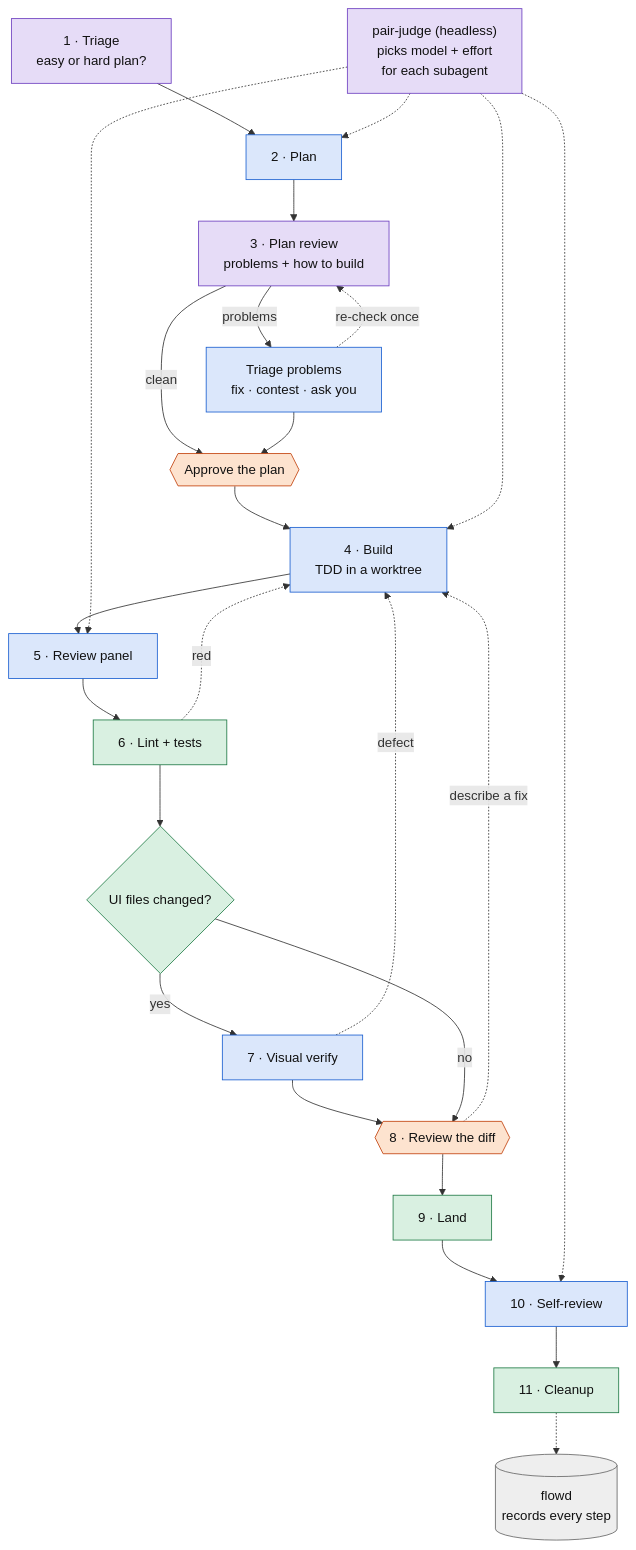
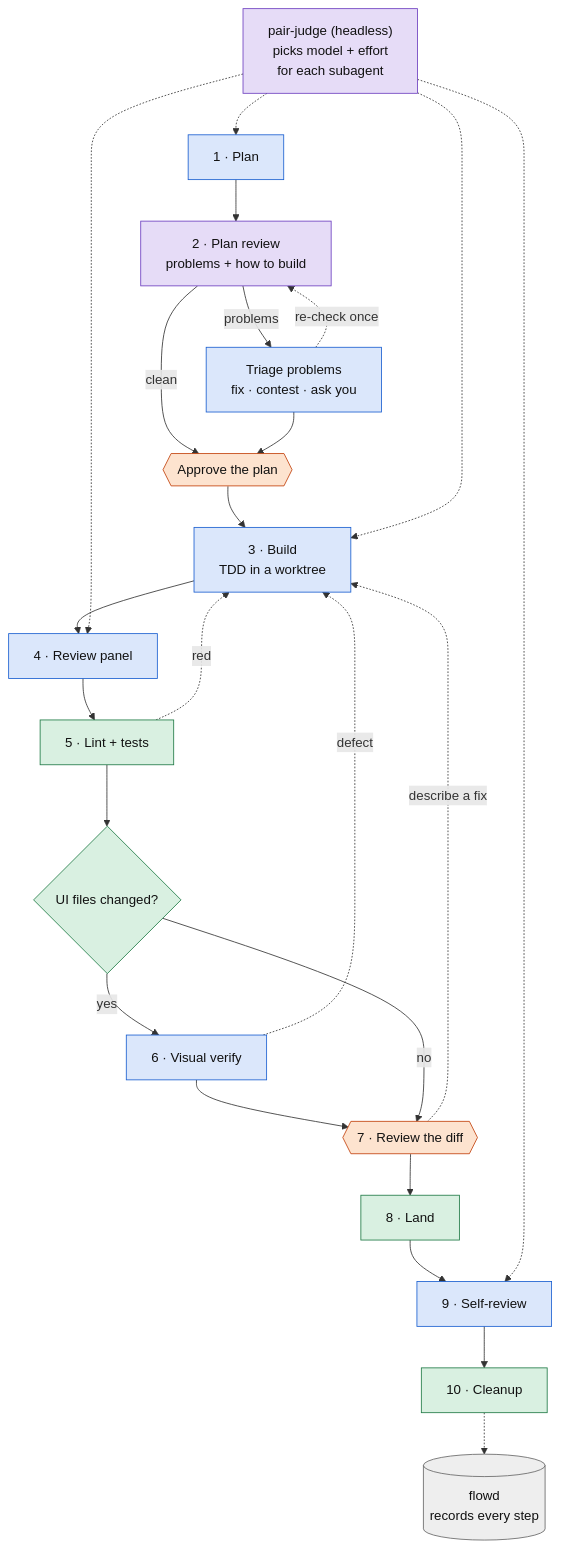
Before and after one commit to tweety53/agents: the second of 2 diagrams in README.md, drawn with Mermaid. The commit also changed other lines of this file and 21 other files, not shown here.

Commit message:
refactor(flow): drop the planner-short and plan-triage roles; every change plans on planner

````diff
--- a/README.md
+++ b/README.md
@@ -50,42 +50,41 @@
 ```mermaid
 flowchart TD
-    triage["1 · Triage<br/>easy or hard plan?"]:::head
-    plan["2 · Plan"]:::agent
-    pc["3 · Plan review<br/>problems + how to build"]:::head
+    plan["1 · Plan"]:::agent
+    pc["2 · Plan review<br/>problems + how to build"]:::head
     tri["Triage problems<br/>fix · contest · ask you"]:::agent
     appr{{"Approve the plan"}}:::you
-    build["4 · Build<br/>TDD in a worktree"]:::agent
-    panel["5 · Review panel"]:::agent
-    lint["6 · Lint + tests"]:::guard
+    build["3 · Build<br/>TDD in a worktree"]:::agent
+    panel["4 · Review panel"]:::agent
+    lint["5 · Lint + tests"]:::guard
     trig{"UI files changed?"}:::guard
-    vv["7 · Visual verify"]:::agent
-    diff{{"8 · Review the diff"}}:::you
-    land["9 · Land"]:::guard
-    sr["10 · Self-review"]:::agent
-    done["11 · Cleanup"]:::guard
+    vv["6 · Visual verify"]:::agent
+    diff{{"7 · Review the diff"}}:::you
+    land["8 · Land"]:::guard
+    sr["9 · Self-review"]:::agent
+    done["10 · Cleanup"]:::guard
 
-    triage --> plan --> pc
+    plan --> pc
     pc -- problems --> tri -. re-check once .-> pc
     pc -- clean --> appr
     tri --> appr
     appr --> build --> panel --> lint --> trig
     trig -- yes --> vv --> diff
     trig -- no --> diff
     lint -. red .-> build
     vv -. defect .-> build
     diff -. "describe a fix" .-> build
     diff --> land --> sr --> done
 
     pj["pair-judge (headless)<br/>picks model + effort<br/>for each subagent"]:::head
     pj -.-> plan
     pj -.-> build
     pj -.-> panel
     pj -.-> sr
     done -.-> flowd[("flowd<br/>records every step")]:::store
 
     classDef you fill:#fde3cf,stroke:#c2410c,color:#111
     classDef agent fill:#dbe7fb,stroke:#1a5fd0,color:#111
     classDef head fill:#e6dcf7,stroke:#6d3fc0,color:#111
     classDef guard fill:#d9f0e1,stroke:#1f7a45,color:#111
     classDef store fill:#eee,stroke:#666,color:#111
 ```
````
